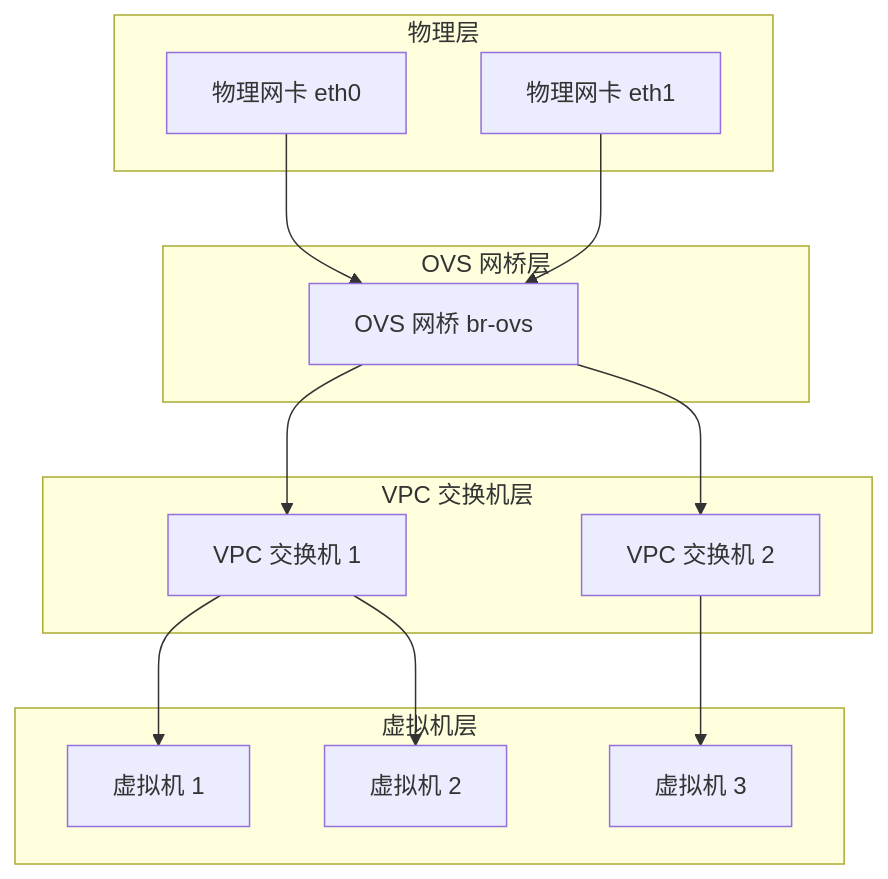
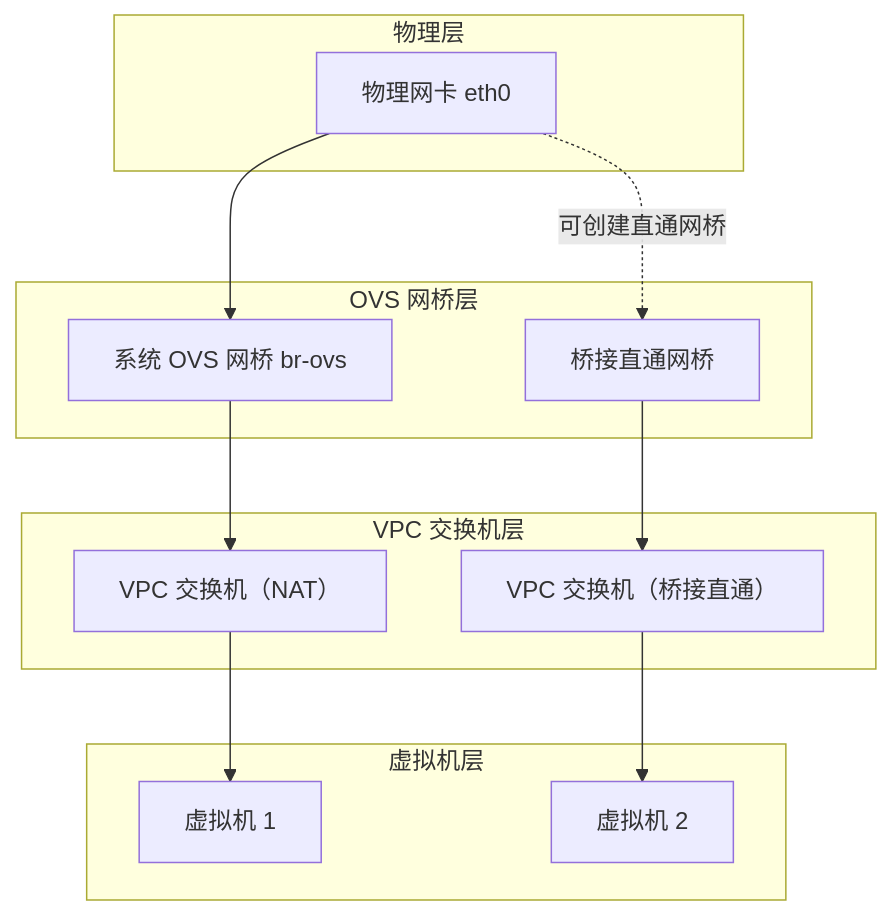
The diagram in docs/network/overview.mdx (QVMConsole/docs), drawn with Mermaid before and after one commit. The commit also changed other lines of this file and 37 other files, not shown here.

````diff
--- a/docs/network/overview.mdx
+++ b/docs/network/overview.mdx
@@ -13,30 +13,28 @@
 ```mermaid
 graph TB
     subgraph "物理层"
         NIC1[物理网卡 eth0]
-        NIC2[物理网卡 eth1]
     end
-    
+
     subgraph "OVS 网桥层"
-        BR[OVS 网桥 br-ovs]
+        BR[系统 OVS 网桥 br-ovs]
+        BR2[桥接直通网桥]
     end
-    
+
     subgraph "VPC 交换机层"
-        SW1[VPC 交换机 1]
-        SW2[VPC 交换机 2]
+        SW1[VPC 交换机（NAT）]
+        SW2[VPC 交换机（桥接直通）]
     end
-    
+
     subgraph "虚拟机层"
         VM1[虚拟机 1]
         VM2[虚拟机 2]
-        VM3[虚拟机 3]
     end
-    
+
     NIC1 --> BR
-    NIC2 --> BR
+    NIC1 -.->|可创建直通网桥| BR2
     BR --> SW1
-    BR --> SW2
+    BR2 --> SW2
     SW1 --> VM1
-    SW1 --> VM2
-    SW2 --> VM3
+    SW2 --> VM2
 ```
````
